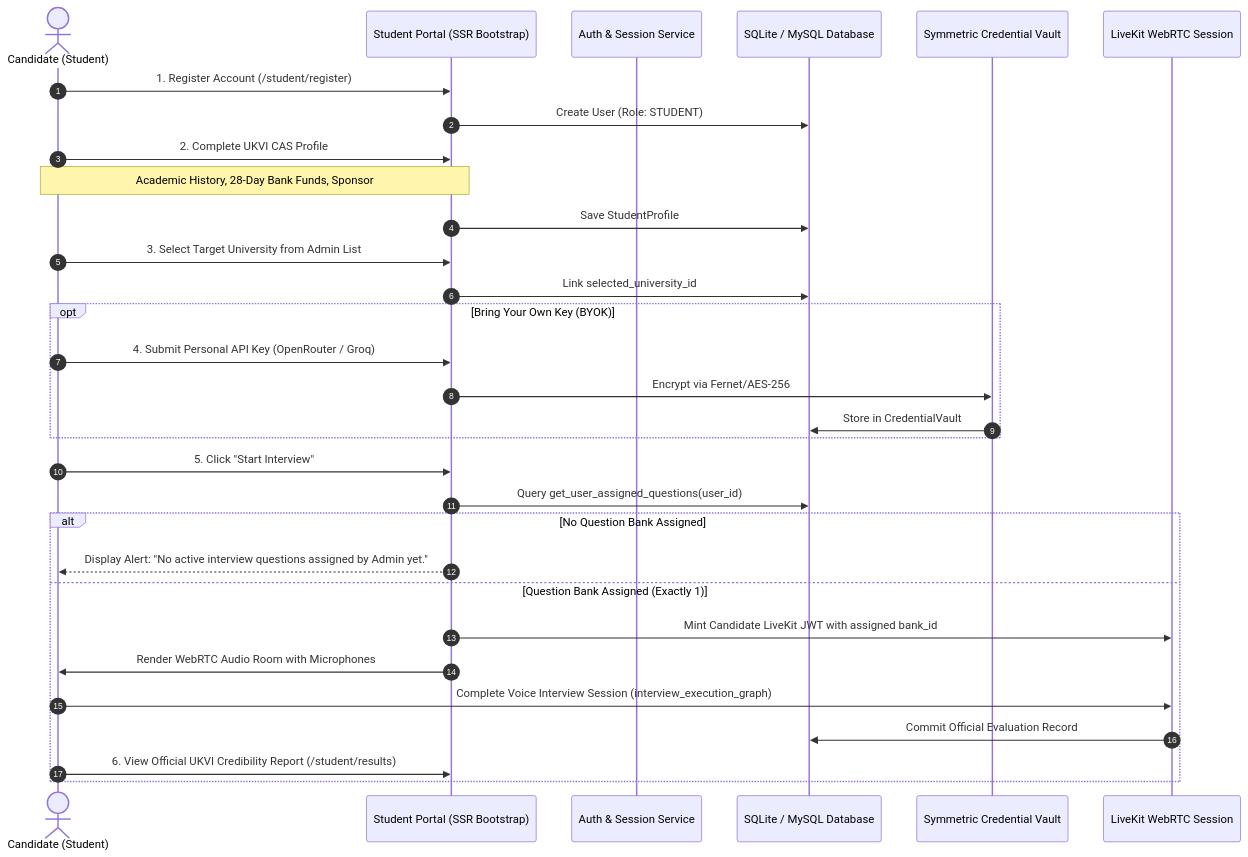
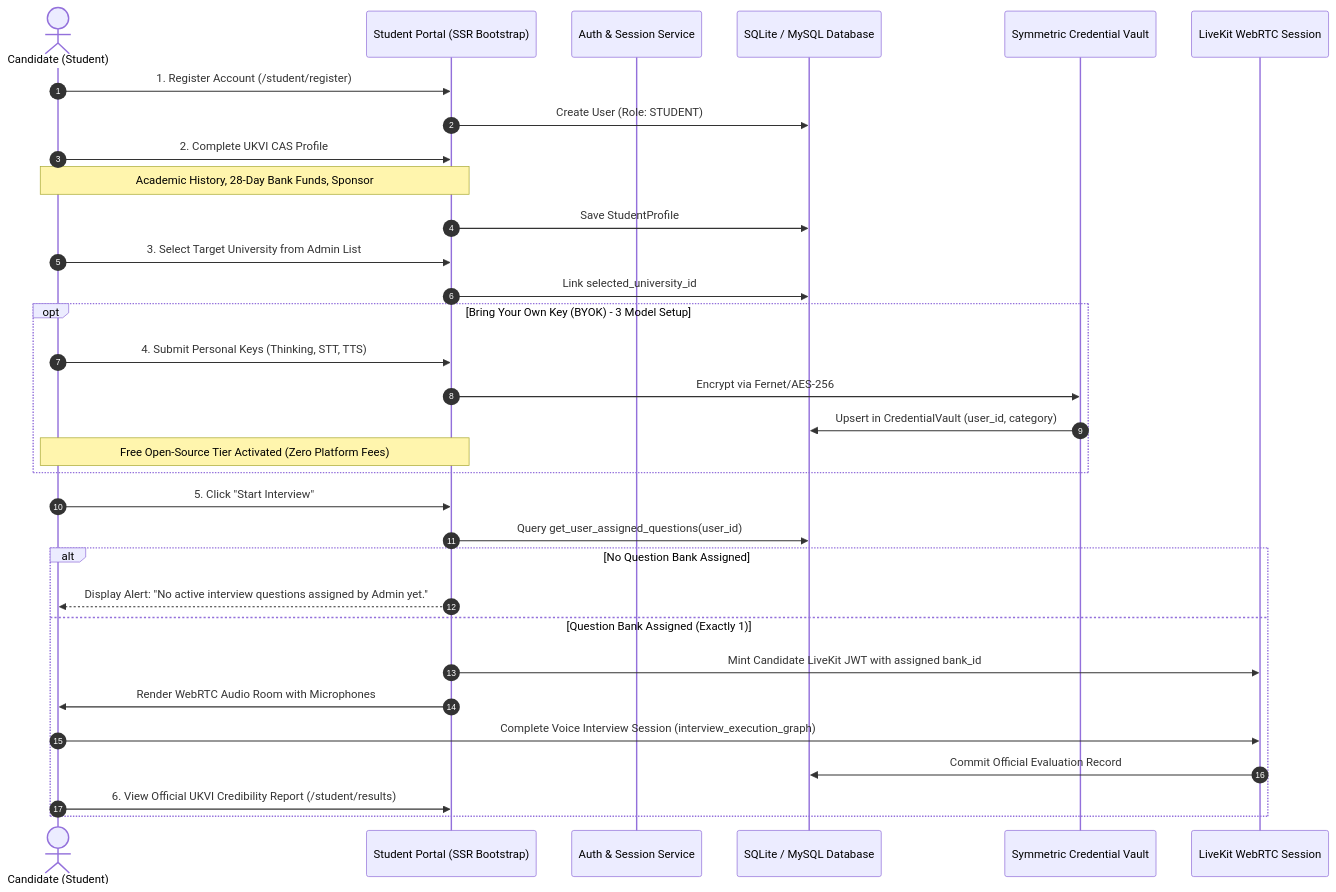
One commit to promit-bhattacharjee/autonomous-interview changed the diagram in docs/specs/SPEC-004-student-portal-and-cas-workflow.md. Above: the diagram before and after it, drawn with Mermaid. The commit also changed other lines of this file and 57 other files, not shown here.

````diff
--- a/docs/specs/SPEC-004-student-portal-and-cas-workflow.md
+++ b/docs/specs/SPEC-004-student-portal-and-cas-workflow.md
@@ -31,34 +31,35 @@
 ```mermaid
 sequenceDiagram
     autonumber
     actor Student as Candidate (Student)
     participant Portal as Student Portal (SSR Bootstrap)
     participant Auth as Auth & Session Service
     participant DB as SQLite / MySQL Database
     participant Vault as Symmetric Credential Vault
     participant LiveKit as LiveKit WebRTC Session
 
     Student->>Portal: 1. Register Account (/student/register)
     Portal->>DB: Create User (Role: STUDENT)
     Student->>Portal: 2. Complete UKVI CAS Profile
     Note over Student,Portal: Academic History, 28-Day Bank Funds, Sponsor
     Portal->>DB: Save StudentProfile
     Student->>Portal: 3. Select Target University from Admin List
     Portal->>DB: Link selected_university_id
-    opt Bring Your Own Key (BYOK)
-        Student->>Portal: 4. Submit Personal API Key (OpenRouter / Groq)
+    opt Bring Your Own Key (BYOK) - 3 Model Setup
+        Student->>Portal: 4. Submit Personal Keys (Thinking, STT, TTS)
         Portal->>Vault: Encrypt via Fernet/AES-256
-        Vault->>DB: Store in CredentialVault
+        Vault->>DB: Upsert in CredentialVault (user_id, category)
+        Note over Student,Portal: Free Open-Source Tier Activated (Zero Platform Fees)
     end
     Student->>Portal: 5. Click "Start Interview"
     Portal->>DB: Query get_user_assigned_questions(user_id)
     alt No Question Bank Assigned
         Portal-->>Student: Display Alert: "No active interview questions assigned by Admin yet."
     else Question Bank Assigned (Exactly 1)
         Portal->>LiveKit: Mint Candidate LiveKit JWT with assigned bank_id
         Portal->>Student: Render WebRTC Audio Room with Microphones
         Student->>LiveKit: Complete Voice Interview Session (interview_execution_graph)
         LiveKit->>DB: Commit Official Evaluation Record
         Student->>Portal: 6. View Official UKVI Credibility Report (/student/results)
     end
 ```
````
